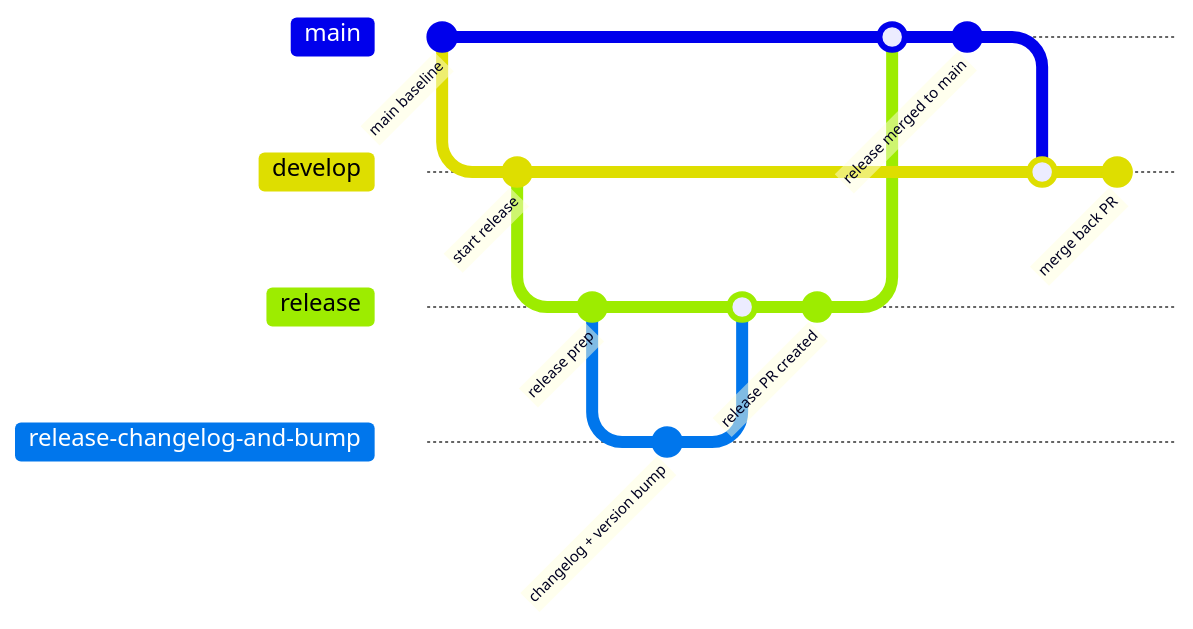
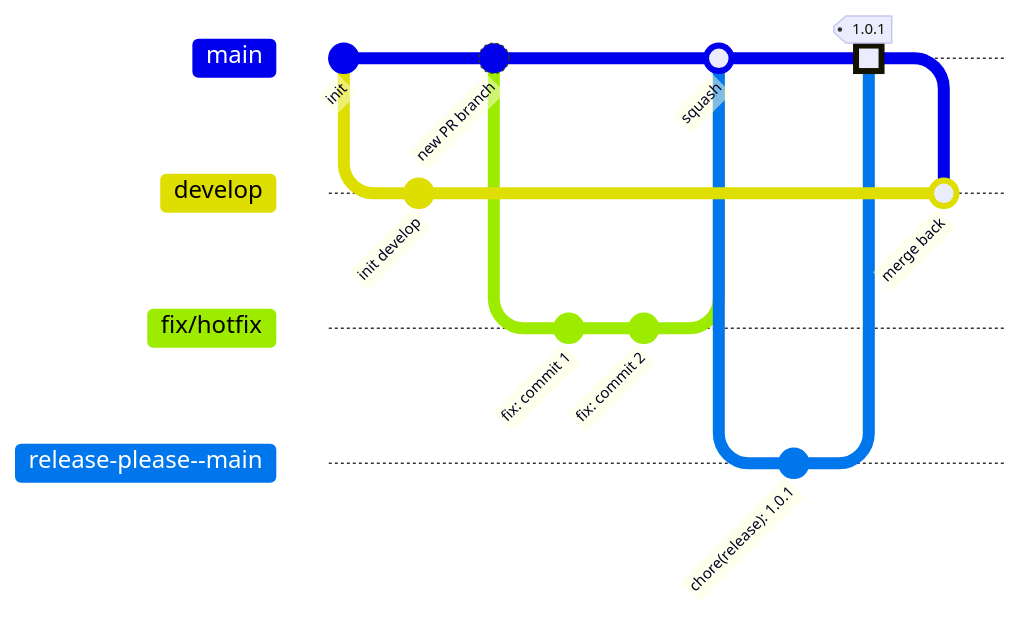
The fourth of 4 diagrams in README.md (dev-seb/github-action-test-backend), drawn with Mermaid before and after one commit. The commit also changed other lines of this file and 6 other files, not shown here.

````diff
--- a/README.md
+++ b/README.md
@@ -51,22 +154,32 @@
 ```mermaid
+---
+Release process
+---
 gitGraph
-	 commit id: "main baseline"
-	 branch develop
-	 checkout develop
-	 commit id: "start release"
-	 branch release
-	 checkout release
-	 commit id: "release prep"
-	 branch release-changelog-and-bump
-	 checkout release-changelog-and-bump
-	 commit id: "changelog + version bump"
-	 checkout release
-	 merge release-changelog-and-bump
-	 commit id: "release PR created"
-	 checkout main
-	 merge release
-	 commit id: "release merged to main"
-	 checkout develop
-	 merge main
-	 commit id: "merge back PR"
+commit id: "init"
+
+branch "develop"
+checkout "develop"
+commit id: "init develop"
+
+checkout "main"
+commit id: "new PR branch"
+
+branch "fix/hotfix"
+checkout "fix/hotfix"
+commit id: "fix: commit 1"
+commit id: "fix: commit 2"
+
+checkout "main"
+merge "fix/hotfix" id: "squash"
+
+branch "release-please--main"
+checkout "release-please--main"
+commit id: "chore(release): 1.0.1"
+
+checkout "main"
+merge "release-please--main" type: HIGHLIGHT tag: "1.0.1"
+
+checkout "develop"
+merge "main" id: "merge back"
 ```
````
